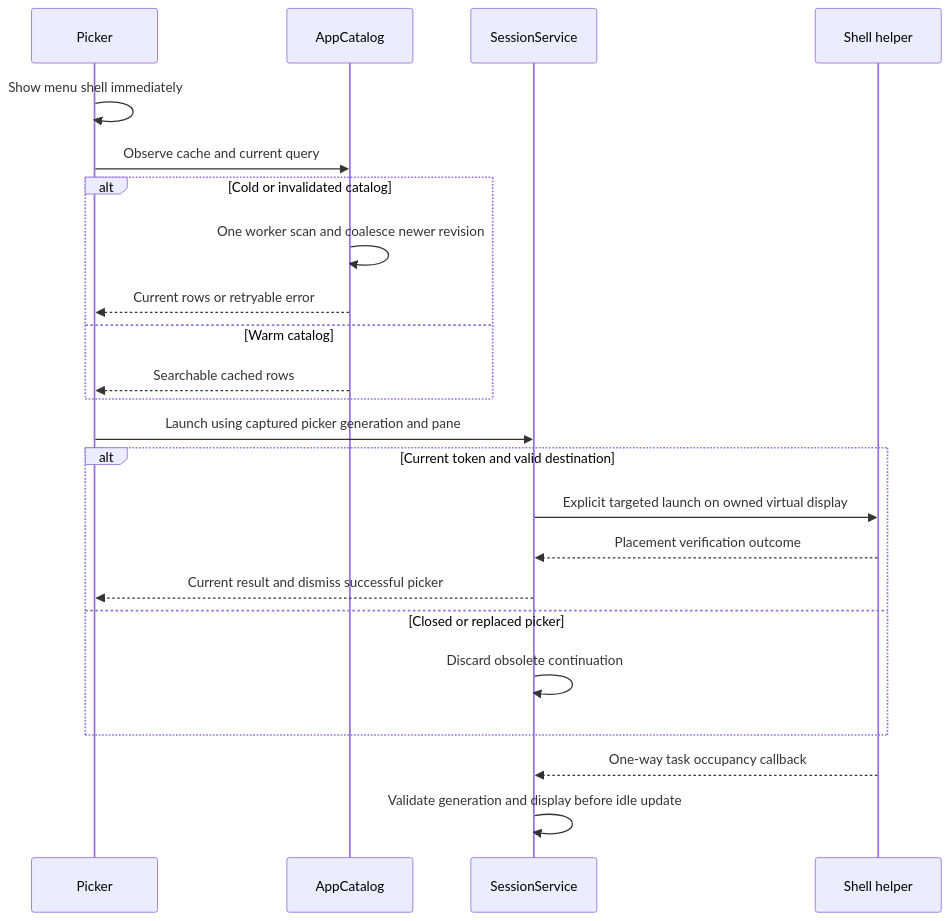
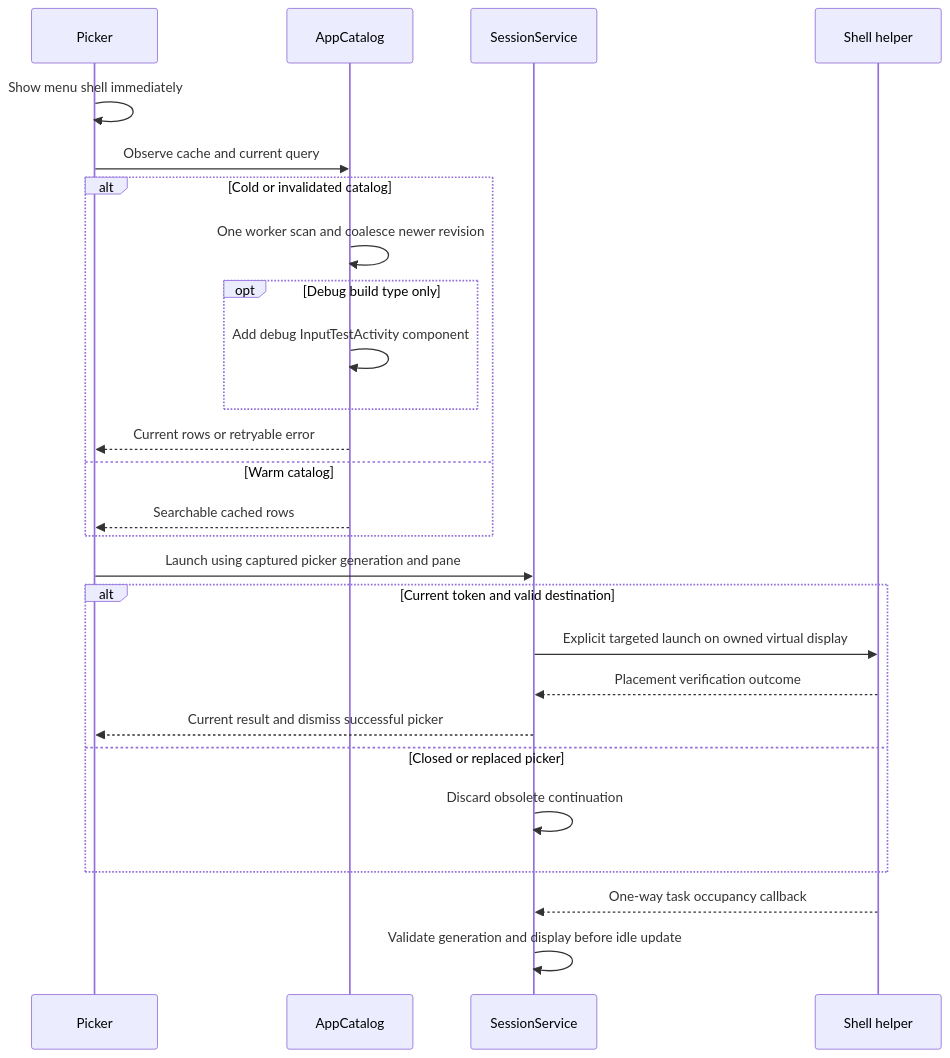
Before and after one commit to PhiLong-Ho/DexDroid: the second of 2 diagrams in docs/architecture/features/app-launcher.md, drawn with Mermaid. The commit also changed other lines of this file and 24 other files, not shown here.

````diff
--- a/docs/architecture/features/app-launcher.md
+++ b/docs/architecture/features/app-launcher.md
@@ -28,25 +29,28 @@
 ```mermaid
 sequenceDiagram
     participant UI as Picker
     participant C as AppCatalog
     participant S as SessionService
     participant D as Shell helper
     UI->>UI: Show menu shell immediately
     UI->>C: Observe cache and current query
     alt Cold or invalidated catalog
         C->>C: One worker scan and coalesce newer revision
+        opt Debug build type only
+            C->>C: Add debug InputTestActivity component
+        end
         C-->>UI: Current rows or retryable error
     else Warm catalog
         C-->>UI: Searchable cached rows
     end
     UI->>S: Launch using captured picker generation and pane
     alt Current token and valid destination
         S->>D: Explicit targeted launch on owned virtual display
         D-->>S: Placement verification outcome
         S-->>UI: Current result and dismiss successful picker
     else Closed or replaced picker
         S->>S: Discard obsolete continuation
     end
     D-->>S: One-way task occupancy callback
     S->>S: Validate generation and display before idle update
 ```
````
